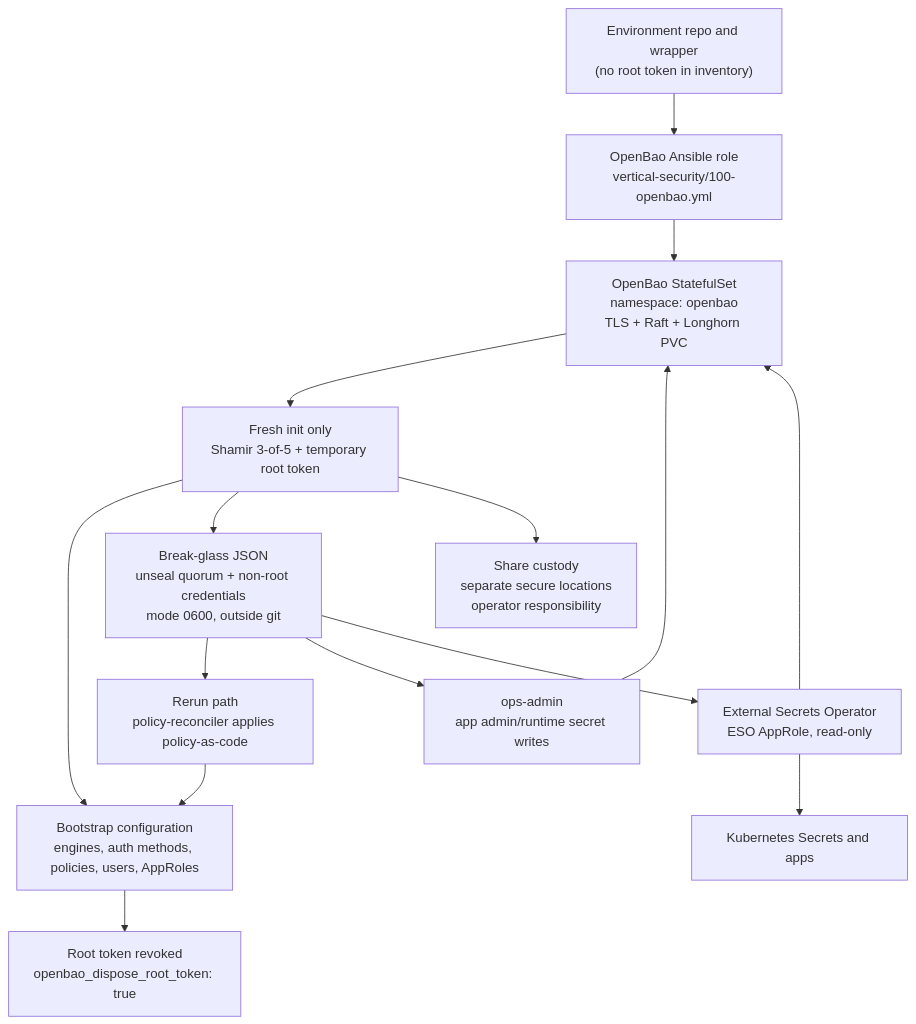
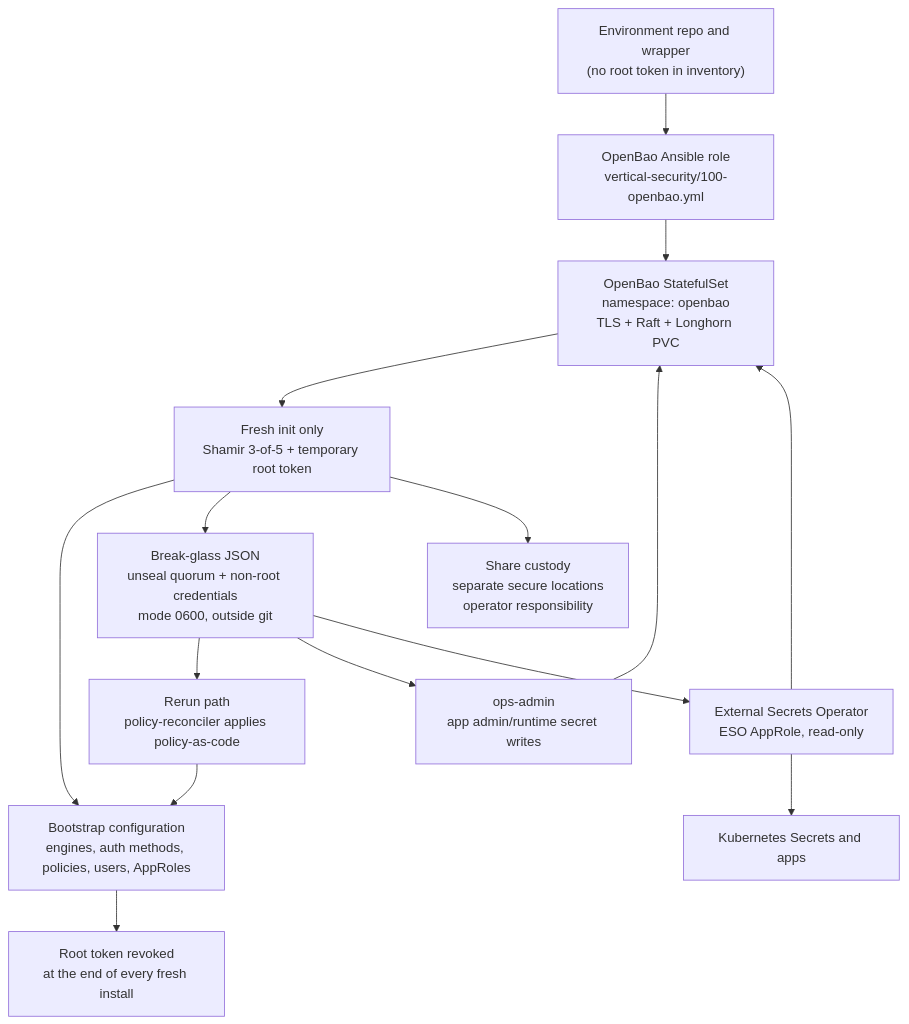
The diagram in docs/openbao-bootstrap-security-model.md (dmfdeploy/dmf-infra), drawn with Mermaid before and after one commit. The commit also changed other lines of this file and 48 other files, not shown here.

First line of the commit message:
feat(openbao): seed inside the install and retire the temp-root path

````diff
--- a/docs/openbao-bootstrap-security-model.md
+++ b/docs/openbao-bootstrap-security-model.md
@@ -33,30 +33,30 @@
 ```mermaid
 flowchart TB
     Env["Environment repo and wrapper\n(no root token in inventory)"]
     Role["OpenBao Ansible role\nvertical-security/100-openbao.yml"]
     Bao["OpenBao StatefulSet\nnamespace: openbao\nTLS + Raft + Longhorn PVC"]
     Init["Fresh init only\nShamir 3-of-5 + temporary root token"]
     Bootstrap["Bootstrap configuration\nengines, auth methods, policies, users, AppRoles"]
     Breakglass["Break-glass JSON\nunseal quorum + non-root credentials\nmode 0600, outside git"]
     Custody["Share custody\nseparate secure locations\noperator responsibility"]
-    RootGone["Root token revoked\nopenbao_dispose_root_token: true"]
+    RootGone["Root token revoked\nat the end of every fresh install"]
     Reconcile["Rerun path\npolicy-reconciler applies policy-as-code"]
     Ops["ops-admin\napp admin/runtime secret writes"]
     Eso["External Secrets Operator\nESO AppRole, read-only"]
     Apps["Kubernetes Secrets and apps"]
 
     Env --> Role
     Role --> Bao
     Bao --> Init
     Init --> Bootstrap
     Init --> Breakglass
     Init --> Custody
     Bootstrap --> RootGone
     Breakglass --> Reconcile
     Reconcile --> Bootstrap
     Breakglass --> Ops
     Ops --> Bao
     Breakglass --> Eso
     Eso --> Bao
     Eso --> Apps
 ```
````
